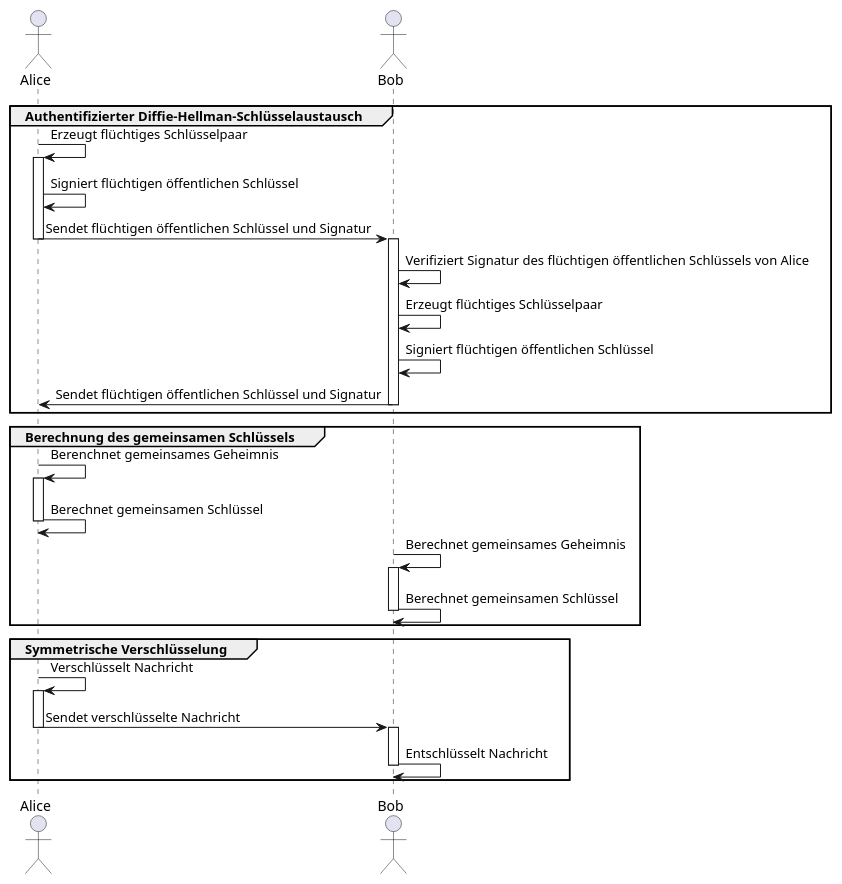
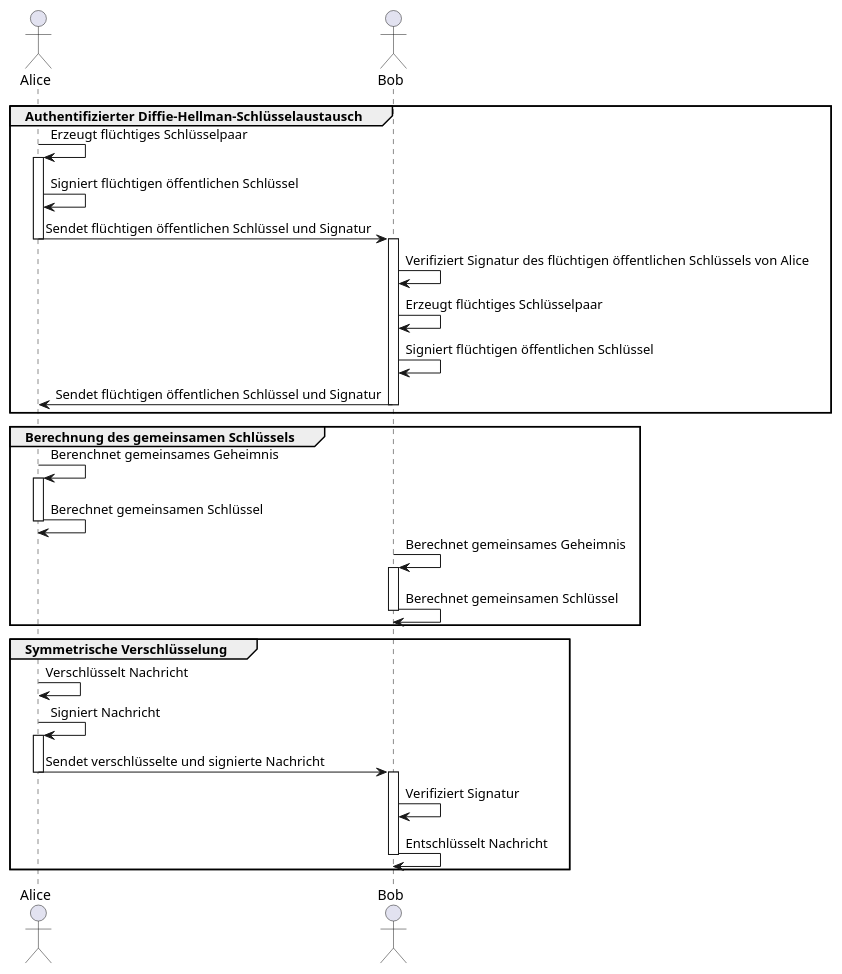
Before and after one commit to NicoleSauer/BachelorsThesis: the diagram in puml/sec.puml, drawn with PlantUML. The commit also changed 14 other files, not shown here.

```diff
--- a/puml/sec.puml
+++ b/puml/sec.puml
@@ -1,47 +1,49 @@
 @startuml
 actor Alice
 actor Bob
 
 group Authentifizierter Diffie-Hellman-Schlüsselaustausch
     
     Alice -> Alice: Erzeugt flüchtiges Schlüsselpaar
     activate Alice
     Alice -> Alice: Signiert flüchtigen öffentlichen Schlüssel
     Alice -> Bob: Sendet flüchtigen öffentlichen Schlüssel und Signatur
     deactivate Alice
 
     activate Bob
     Bob -> Bob: Verifiziert Signatur des flüchtigen öffentlichen Schlüssels von Alice
     Bob -> Bob: Erzeugt flüchtiges Schlüsselpaar
     Bob -> Bob: Signiert flüchtigen öffentlichen Schlüssel
     Bob -> Alice: Sendet flüchtigen öffentlichen Schlüssel und Signatur
     deactivate Bob
 end
 
 group Berechnung des gemeinsamen Schlüssels
     
     Alice -> Alice: Berenchnet gemeinsames Geheimnis
     activate Alice
     Alice -> Alice: Berechnet gemeinsamen Schlüssel
     deactivate Alice
 
     
     Bob -> Bob: Berechnet gemeinsames Geheimnis
     activate Bob
     Bob -> Bob: Berechnet gemeinsamen Schlüssel
     deactivate Bob
 end
 
 group Symmetrische Verschlüsselung
     
     Alice -> Alice: Verschlüsselt Nachricht
+    Alice -> Alice: Signiert Nachricht
     activate Alice
-    Alice -> Bob: Sendet verschlüsselte Nachricht
+    Alice -> Bob: Sendet verschlüsselte und signierte Nachricht
     deactivate Alice
 
     activate Bob
+    Bob -> Bob: Verifiziert Signatur
     Bob -> Bob: Entschlüsselt Nachricht
     deactivate Bob
 end
 
 @enduml
```
